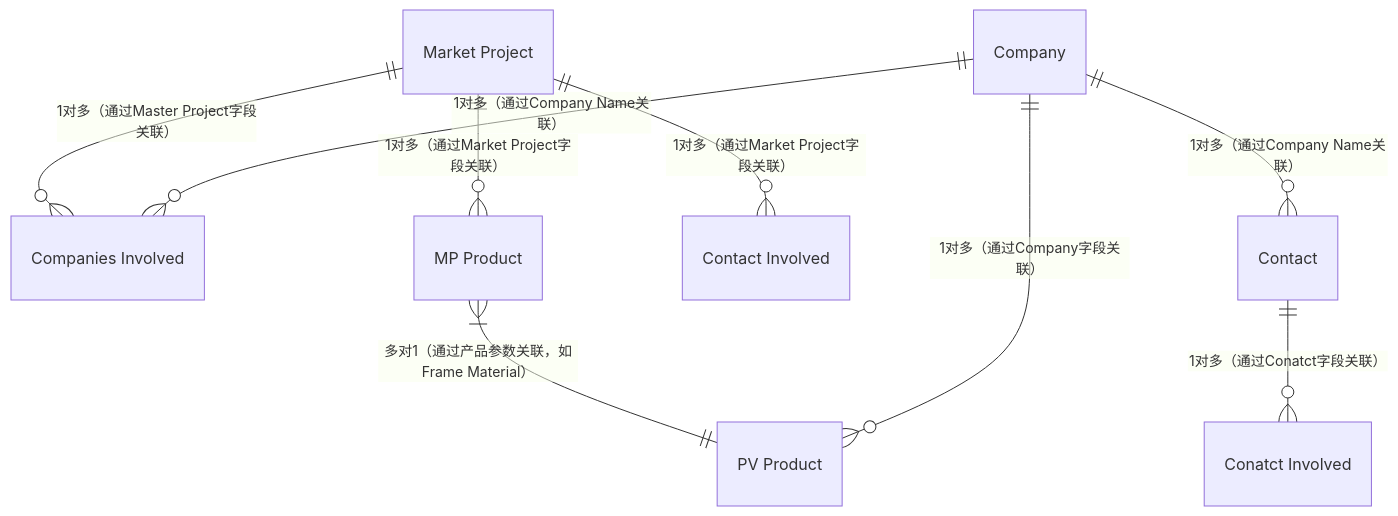
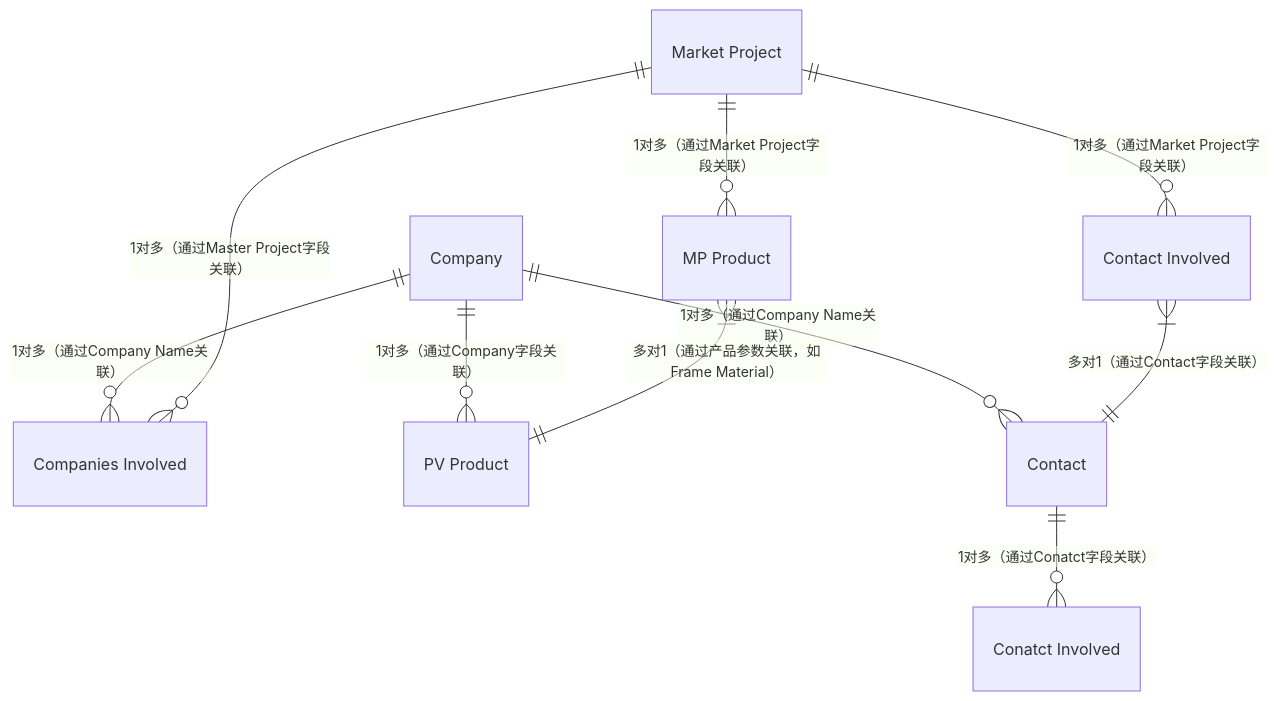
Before and after one commit to zhangziru-33/iodraw-files: the diagram in all/未命名.md, drawn with Mermaid.

Commit message:
2025-12-04 13:41:06 update

````diff
--- a/all/未命名.md
+++ b/all/未命名.md
@@ -1,12 +1,12 @@
 ```mermaid
 erDiagram
     Company ||--o{ "Companies Involved" : "1对多（通过Company Name关联）"
     Company ||--o{ "PV Product" : "1对多（通过Company字段关联）"
     Company ||--o{ "Contact" : "1对多（通过Company Name关联）"
     "Market Project" ||--o{ "Companies Involved" : "1对多（通过Master Project字段关联）"
     "Market Project" ||--o{ "Contact Involved" : "1对多（通过Market Project字段关联）"
     "Market Project" ||--o{ "MP Product" : "1对多（通过Market Project字段关联）"
     "MP Product" }|--|| "PV Product" : "多对1（通过产品参数关联，如Frame Material）"
-    %% "Contact Involved" }|--|| "Contact" : "多对1（通过Contact字段关联）"
+    "Contact Involved" }|--|| "Contact" : "多对1（通过Contact字段关联）"
     Contact ||--o{ "Conatct Involved" : "1对多（通过Conatct字段关联）"
 ```
````
